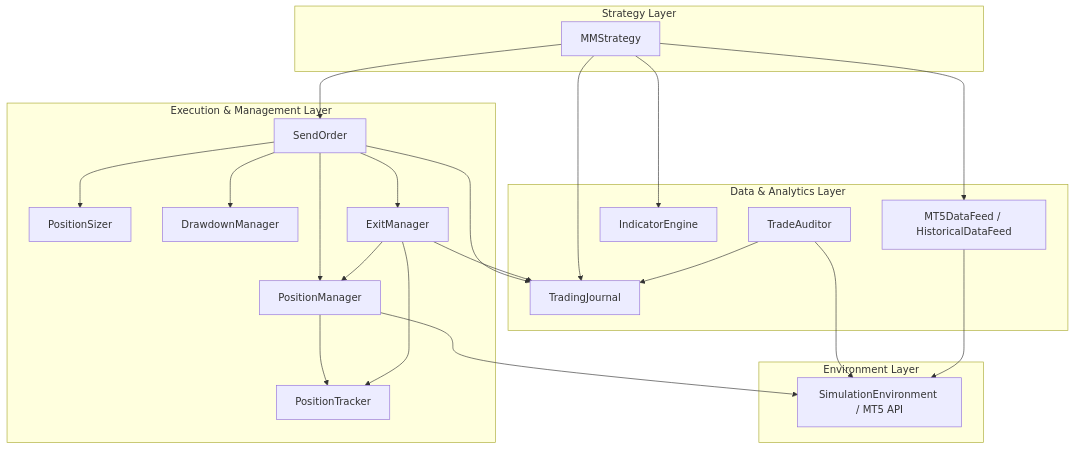
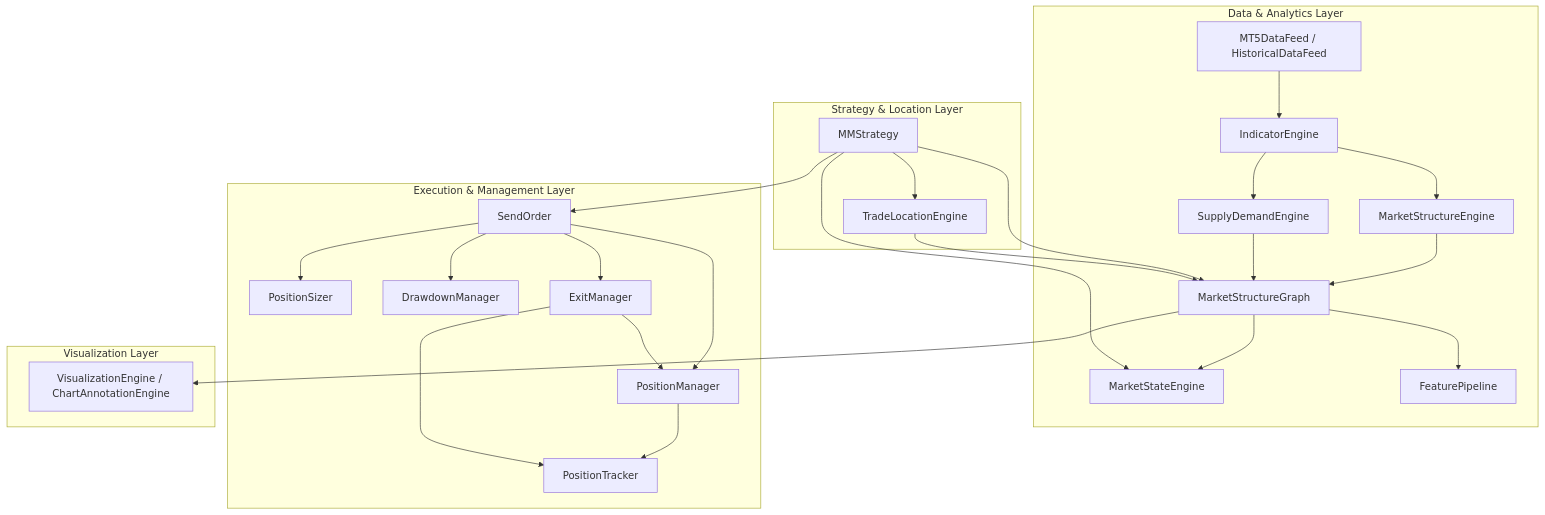
Before and after one commit to Mhosseinkarams/Forex_DNN: the diagram in README.md, drawn with Mermaid. The commit also changed other lines of this file and 40 other files, not shown here.

First line of the commit message:
Refactor Forex_DNN from strategy-driven to market-driven pipeline

````diff
--- a/README.md
+++ b/README.md
@@ -17,38 +20,45 @@
 ```mermaid
 graph TD
-    subgraph "Strategy Layer"
+    subgraph "Data & Analytics Layer"
+        DF[MT5DataFeed / HistoricalDataFeed]
+        IE[IndicatorEngine]
+        MSE[MarketStructureEngine]
+        SDE[SupplyDemandEngine]
+        MSG[MarketStructureGraph]
+        StateE[MarketStateEngine]
+        FP[FeaturePipeline]
+    end
+
+    subgraph "Strategy & Location Layer"
         MM[MMStrategy]
+        TLE[TradeLocationEngine]
     end
 
     subgraph "Execution & Management Layer"
         SO[SendOrder] --> PS[PositionSizer]
         SO --> DM[DrawdownManager]
         SO --> PM[PositionManager]
         SO --> EM[ExitManager]
         EM --> PM
         PM --> PT[PositionTracker]
         EM --> PT
     end
 
-    subgraph "Data & Analytics Layer"
-        DF[MT5DataFeed / HistoricalDataFeed]
-        IE[IndicatorEngine]
-        TJ[TradingJournal]
-        TA[TradeAuditor]
+    subgraph "Visualization Layer"
+        VE[VisualizationEngine / ChartAnnotationEngine]
     end
 
-    subgraph "Environment Layer"
-        ENV[SimulationEnvironment / MT5 API]
-    end
-
-    MM --> DF
-    MM --> IE
+    DF --> IE
+    IE --> MSE
+    IE --> SDE
+    MSE --> MSG
+    SDE --> MSG
+    MSG --> StateE
+    MSG --> FP
+    MSG --> VE
+    MM --> MSG
+    MM --> StateE
+    MM --> TLE
+    TLE --> MSG
     MM --> SO
-    MM --> TJ
-    SO --> TJ
-    EM --> TJ
-    TA --> TJ
-    TA --> ENV
-    PM --> ENV
-    DF --> ENV
 ```
````
